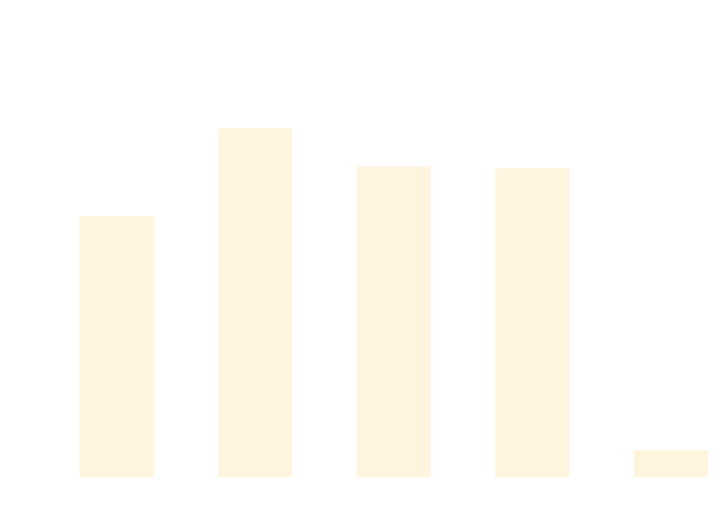
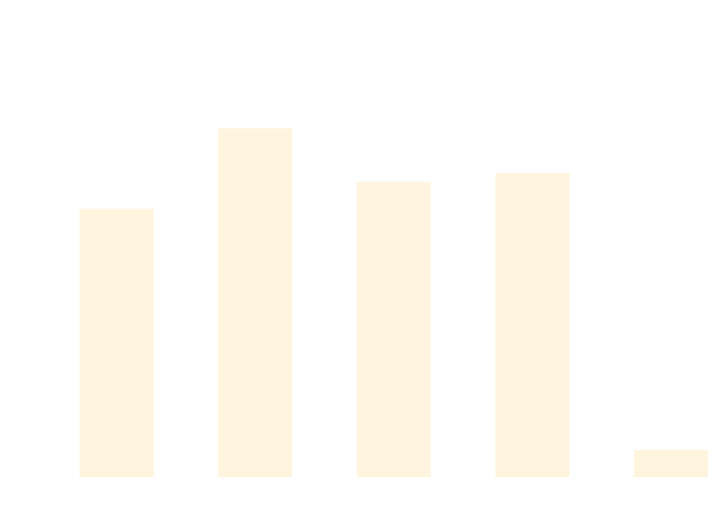
One commit to thomhurst/TUnit changed the diagram in docs/docs/benchmarks/ScaleTests.md. Above: the diagram before and after it, drawn with Mermaid. The commit also changed other lines of this file and 17 other files, not shown here.

````diff
--- a/docs/docs/benchmarks/ScaleTests.md
+++ b/docs/docs/benchmarks/ScaleTests.md
@@ -27,37 +27,37 @@
 ```mermaid
 %%{init: {
   'theme':'base',
   'themeVariables': {
     'primaryColor': '#2563eb',
     'primaryTextColor': '#ffffff',
     'primaryBorderColor': '#1e40af',
     'lineColor': '#6b7280',
     'secondaryColor': '#7c3aed',
     'tertiaryColor': '#dc2626',
     'background': '#ffffff',
     'mainBkg': '#2563eb',
     'secondBkg': '#7c3aed',
     'tertiaryBkg': '#dc2626',
     'clusterBkg': '#f3f4f6',
     'edgeLabelBackground': '#ffffff',
     'tertiaryTextColor': '#1f2937',
     'pie1': '#2563eb',
     'pie2': '#7c3aed',
     'pie3': '#dc2626',
     'pie4': '#f59e0b',
     'pie5': '#10b981',
     'pie6': '#06b6d4',
     'pie7': '#ec4899',
     'pie8': '#6366f1',
     'pie9': '#84cc16',
     'pie10': '#f97316',
     'pie11': '#14b8a6',
     'pie12': '#a855f7'
   }
 }}%%
 xychart-beta
   title "ScaleTests Performance Comparison"
   x-axis ["TUnit", "NUnit", "MSTest", "xUnit3", "TUnit_AOT"]
-  y-axis "Time (ms)" 0 --> 835
-  bar [516.39, 695.55, 617.39, 613.51, 38.42]
+  y-axis "Time (ms)" 0 --> 831
+  bar [528.92, 692, 583.69, 601.26, 38.89]
 ```
````
